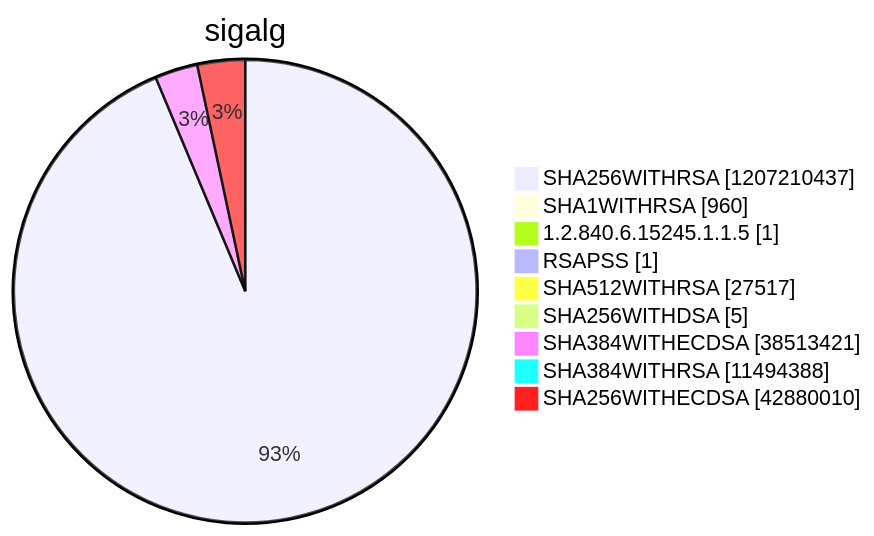
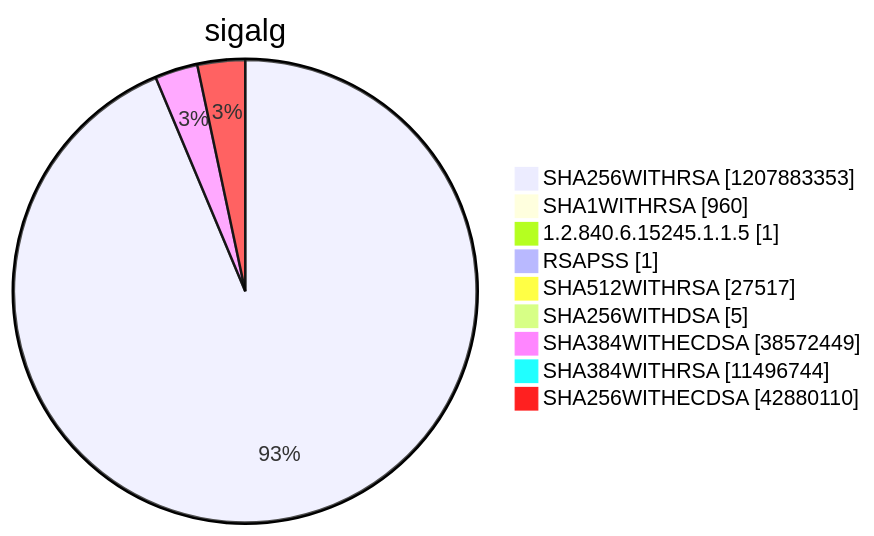
Diagram 15 of 15 in argon2022/README.md (christiankrug/ctmonitor_visualization), drawn with Mermaid before and after one commit. The commit also changed other lines of this file, not shown here.

````diff
--- a/argon2022/README.md
+++ b/argon2022/README.md
@@ -5520,13 +5520,13 @@
 ```mermaid
 pie showData
 title sigalg
-"SHA256WITHRSA" :1207210437
+"SHA256WITHRSA" :1207883353
 "SHA1WITHRSA" :960
 "1.2.840.6.15245.1.1.5" :1
 "RSAPSS" :1
 "SHA512WITHRSA" :27517
 "SHA256WITHDSA" :5
-"SHA384WITHECDSA" :38513421
-"SHA384WITHRSA" :11494388
-"SHA256WITHECDSA" :42880010
+"SHA384WITHECDSA" :38572449
+"SHA384WITHRSA" :11496744
+"SHA256WITHECDSA" :42880110
 ```
````
